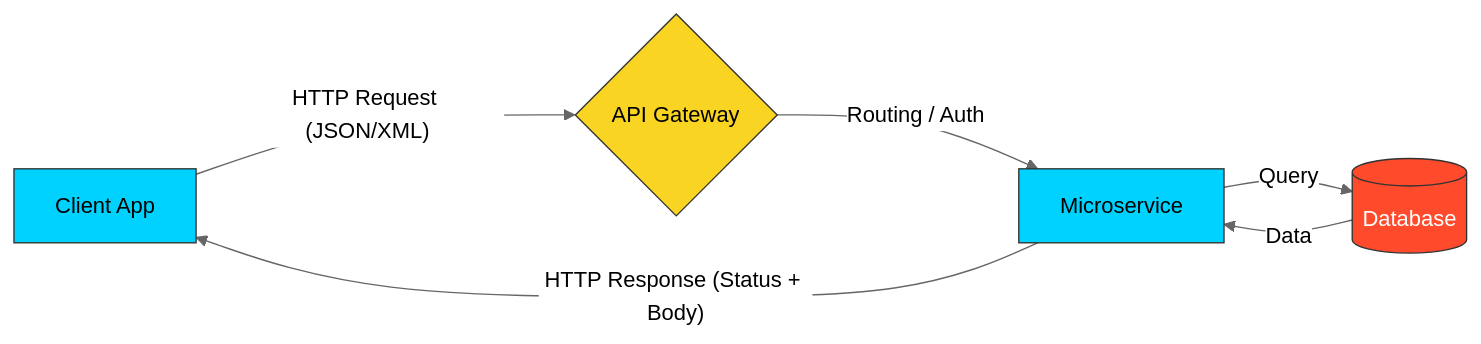
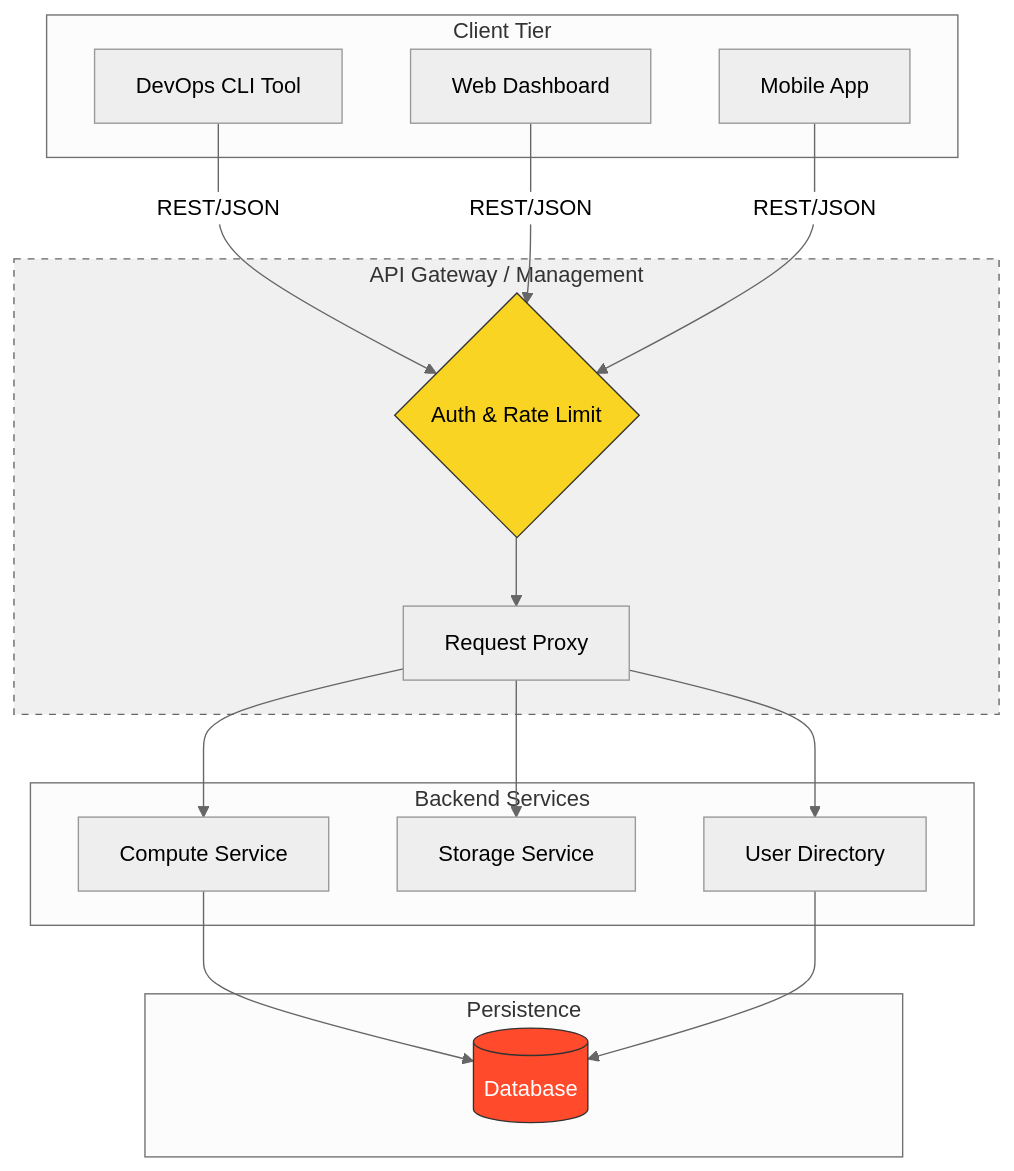
Before and after one commit to Ganil151/Devops: the diagram in 1-Beginner/02-Phase-2/02-API-Basics/README.md, drawn with Mermaid (neutral theme). The commit also changed other lines of this file and 62 other files, not shown here.

````diff
--- a/1-Beginner/02-Phase-2/02-API-Basics/README.md
+++ b/1-Beginner/02-Phase-2/02-API-Basics/README.md
@@ -5,13 +21,39 @@
 ```mermaid
-graph LR
-    A[Client App] -- "HTTP Request (JSON/XML)" --> B{API Gateway}
-    B -- "Routing / Auth" --> C[Microservice]
-    C -- "Query" --> D[(Database)]
-    D -- "Data" --> C
-    C -- "HTTP Response (Status + Body)" --> A
-    
-    style A fill:#00d2ff,stroke:#333
-    style B fill:#f9d423,stroke:#333
-    style C fill:#00d2ff,stroke:#333
-    style D fill:#ff4b2b,stroke:#333,color:#fff
+graph TD
+    subgraph Client_Tier [Client Tier]
+        CLI[DevOps CLI Tool]
+        Web[Web Dashboard]
+        App[Mobile App]
+    end
+
+    subgraph API_Layer [API Gateway / Management]
+        Auth{Auth & Rate Limit}
+        Proxy[Request Proxy]
+    end
+
+    subgraph Service_Tier [Backend Services]
+        Compute[Compute Service]
+        Storage[Storage Service]
+        Users[User Directory]
+    end
+
+    subgraph Data_Tier [Persistence]
+        DB[(Database)]
+    end
+
+    CLI -- REST/JSON --> Auth
+    Web -- REST/JSON --> Auth
+    App -- REST/JSON --> Auth
+
+    Auth --> Proxy
+    Proxy --> Compute
+    Proxy --> Storage
+    Proxy --> Users
+
+    Compute --> DB
+    Users --> DB
+
+    style Auth fill:#f9d423,stroke:#333
+    style DB fill:#ff4b2b,stroke:#333,color:#fff
+    style API_Layer fill:#f0f0f0,stroke:#666,stroke-dasharray: 5 5
 ```
````
